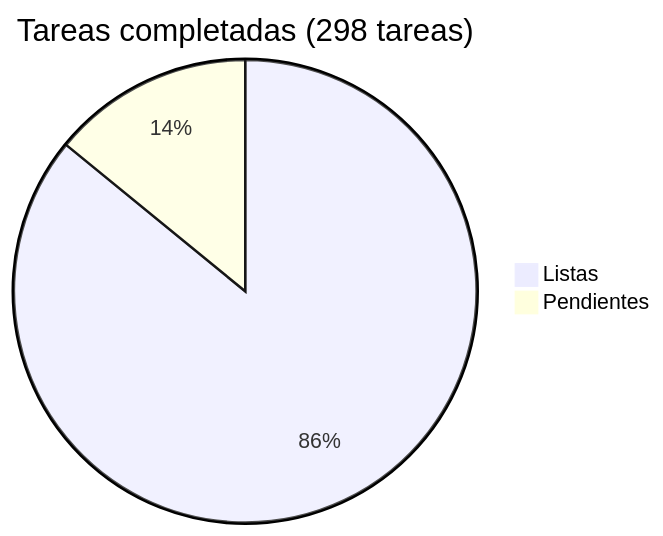
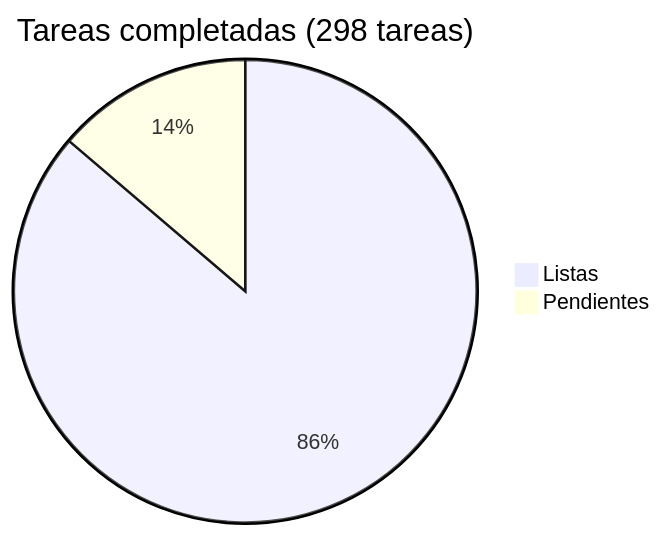
The diagram in docs/roadmap/README.md (araguaney-lat/araguaney), drawn with Mermaid before and after one commit. The commit also changed other lines of this file and 10 other files, not shown here.

````diff
--- a/docs/roadmap/README.md
+++ b/docs/roadmap/README.md
@@ -5,5 +5,5 @@
 ```mermaid
 pie title Tareas completadas (298 tareas)
-    "Listas" : 256
-    "Pendientes" : 42
+    "Listas" : 257
+    "Pendientes" : 41
 ```
````
